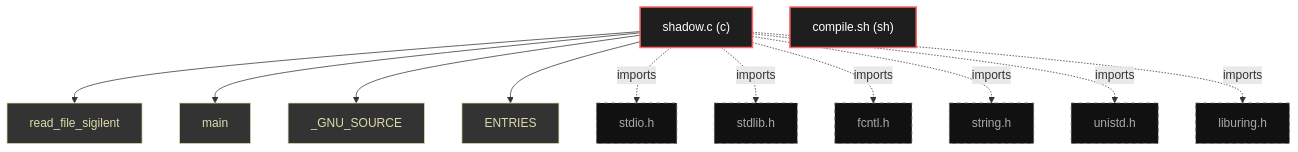
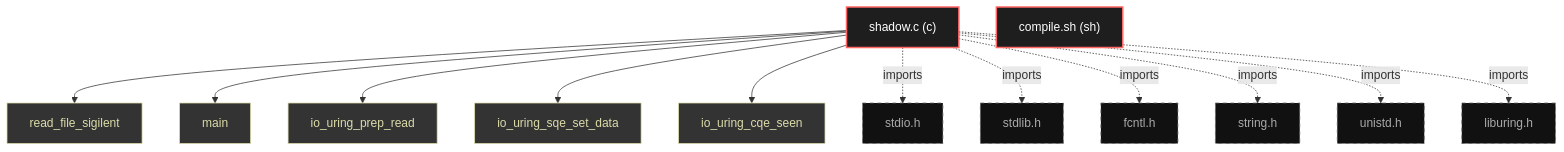
One commit to grisuno/shad0w changed the diagram in KNOWLEDGE_BASE.md. Above: the diagram before and after it, drawn with Mermaid. The commit also changed other lines of this file and 16 other files, not shown here.

````diff
--- a/KNOWLEDGE_BASE.md
+++ b/KNOWLEDGE_BASE.md
@@ -9,41 +174,44 @@
 ```mermaid
 graph TD
     classDef mod fill:#1e1e1e,stroke:#ff6666,stroke-width:2px,color:#fff;
     classDef cls fill:#2d2d2d,stroke:#4ec9b0,stroke-width:2px,color:#fff;
     classDef fn fill:#333,stroke:#dcdcaa,stroke-width:1px,color:#dcdcaa;
-    classDef ext fill:#111,stroke:#666,stroke-dasharray: 5 5,color:#aaa;
+    classDef ext fill:#111,stroke:#666,stroke-dasharray:5 5,color:#aaa;
     shadow_c["shadow.c (c)"]
     class shadow_c mod;
     shadow_c_read_file_sigilent["read_file_sigilent"]
     class shadow_c_read_file_sigilent fn;
     shadow_c --> shadow_c_read_file_sigilent
     shadow_c_main["main"]
     class shadow_c_main fn;
     shadow_c --> shadow_c_main
-    shadow_c__GNU_SOURCE["_GNU_SOURCE"]
-    class shadow_c__GNU_SOURCE fn;
-    shadow_c --> shadow_c__GNU_SOURCE
-    shadow_c_ENTRIES["ENTRIES"]
-    class shadow_c_ENTRIES fn;
-    shadow_c --> shadow_c_ENTRIES
+    shadow_c_io_uring_prep_read["io_uring_prep_read"]
+    class shadow_c_io_uring_prep_read fn;
+    shadow_c --> shadow_c_io_uring_prep_read
+    shadow_c_io_uring_sqe_set_data["io_uring_sqe_set_data"]
+    class shadow_c_io_uring_sqe_set_data fn;
+    shadow_c --> shadow_c_io_uring_sqe_set_data
+    shadow_c_io_uring_cqe_seen["io_uring_cqe_seen"]
+    class shadow_c_io_uring_cqe_seen fn;
+    shadow_c --> shadow_c_io_uring_cqe_seen
     compile_sh["compile.sh (sh)"]
     class compile_sh mod;
     ext_stdio_h["stdio.h"]
     class ext_stdio_h ext;
     shadow_c -.->|imports| ext_stdio_h
     ext_stdlib_h["stdlib.h"]
     class ext_stdlib_h ext;
     shadow_c -.->|imports| ext_stdlib_h
     ext_fcntl_h["fcntl.h"]
     class ext_fcntl_h ext;
     shadow_c -.->|imports| ext_fcntl_h
     ext_string_h["string.h"]
     class ext_string_h ext;
     shadow_c -.->|imports| ext_string_h
     ext_unistd_h["unistd.h"]
     class ext_unistd_h ext;
     shadow_c -.->|imports| ext_unistd_h
     ext_liburing_h["liburing.h"]
     class ext_liburing_h ext;
     shadow_c -.->|imports| ext_liburing_h
 ```
````
